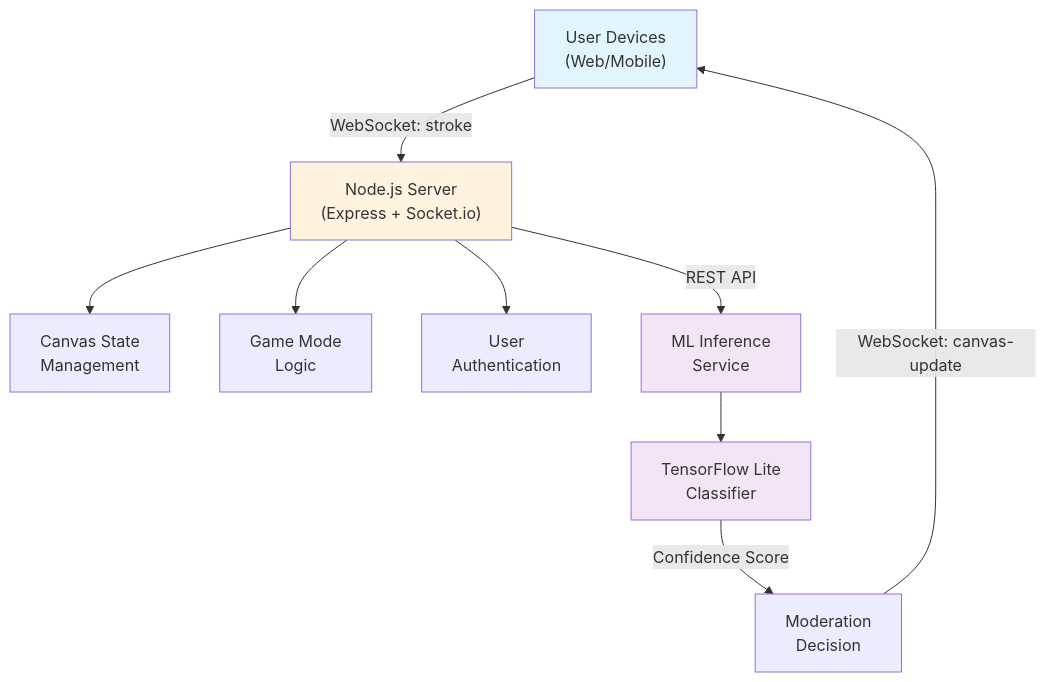
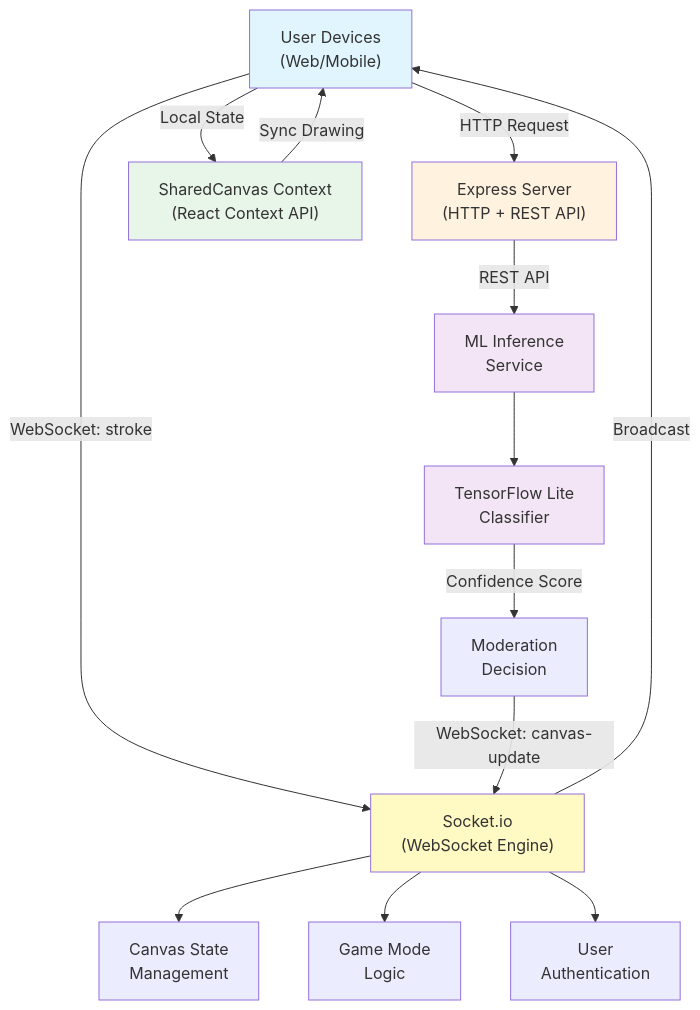
One commit to mc-ondros/DoodleParty changed the first of 6 diagrams in .documentation/architecture.md. Above: the diagram before and after it, drawn with Mermaid. The commit also changed other lines of this file and 25 other files, not shown here.

First line of the commit message:
feat: Add Socket.io real-time canvas synchronization

````diff
--- a/.documentation/architecture.md
+++ b/.documentation/architecture.md
@@ -120,25 +122,33 @@
 ```mermaid
 graph TD
     A["User Devices<br/>(Web/Mobile)"]
-    B["Node.js Server<br/>(Express + Socket.io)"]
-    C["Canvas State<br/>Management"]
-    D["Game Mode<br/>Logic"]
-    E["User<br/>Authentication"]
-    F["ML Inference<br/>Service"]
-    G["TensorFlow Lite<br/>Classifier"]
-    H["Moderation<br/>Decision"]
+    B["Express Server<br/>(HTTP + REST API)"]
+    C["Socket.io<br/>(WebSocket Engine)"]
+    D["SharedCanvas Context<br/>(React Context API)"]
+    E["Canvas State<br/>Management"]
+    F["Game Mode<br/>Logic"]
+    G["User<br/>Authentication"]
+    H["ML Inference<br/>Service"]
+    I["TensorFlow Lite<br/>Classifier"]
+    J["Moderation<br/>Decision"]
     
-    A -->|WebSocket: stroke| B
-    B --> C
-    B --> D
-    B --> E
-    B -->|REST API| F
-    F --> G
-    G -->|Confidence Score| H
-    H -->|WebSocket: canvas-update| A
+    A -->|HTTP Request| B
+    A -->|WebSocket: stroke| C
+    A -->|Local State| D
+    C --> E
+    C --> F
+    C --> G
+    B -->|REST API| H
+    H --> I
+    I -->|Confidence Score| J
+    J -->|WebSocket: canvas-update| C
+    C -->|Broadcast| A
+    D -->|Sync Drawing| A
     
     style A fill:#e1f5ff
     style B fill:#fff3e0
-    style F fill:#f3e5f5
-    style G fill:#f3e5f5
+    style C fill:#fff9c4
+    style D fill:#e8f5e9
+    style H fill:#f3e5f5
+    style I fill:#f3e5f5
 ```
````
